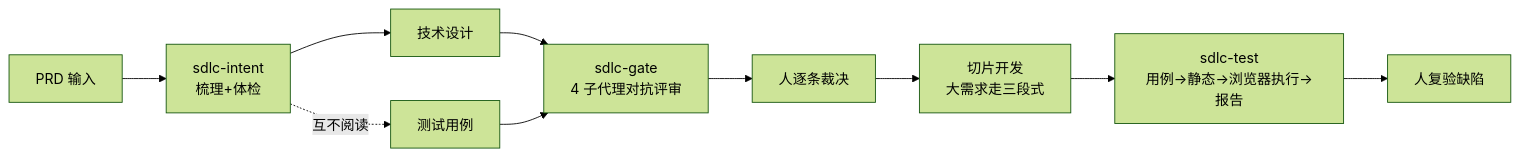
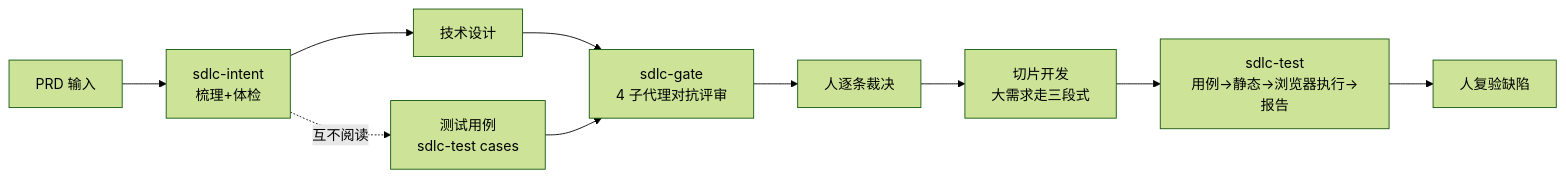
Before and after one commit to TsCarpe/claude-sdlc-skills: the diagram in README.md, drawn with Mermaid (forest theme). The commit also changed other lines of this file and 17 other files, not shown here.

````diff
--- a/README.md
+++ b/README.md
@@ -15,12 +15,12 @@
 ```mermaid
 flowchart LR
     A[PRD 输入] --> B[sdlc-intent<br/>梳理+体检]
     B --> C1[技术设计]
-    B -.互不阅读.-> C2[测试用例]
+    B -.互不阅读.-> C2[测试用例<br/>sdlc-test cases]
     C1 --> D[sdlc-gate<br/>4 子代理对抗评审]
     C2 --> D
     D --> E[人逐条裁决]
     E --> F[切片开发<br/>大需求走三段式]
     F --> G[sdlc-test<br/>用例→静态→浏览器执行→报告]
     G --> H[人复验缺陷]
 ```
````
